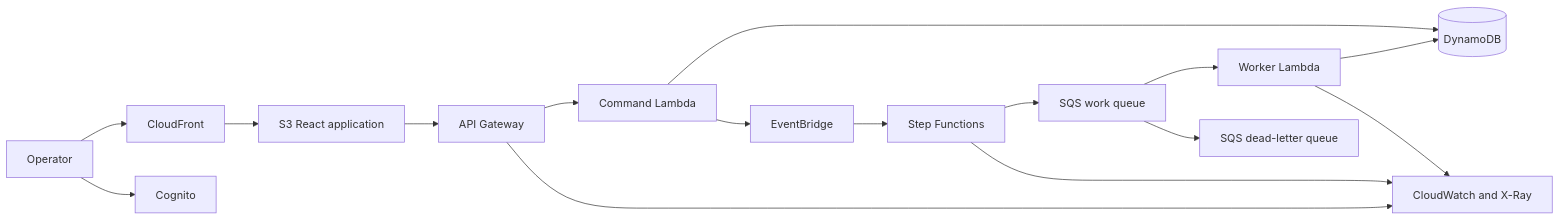
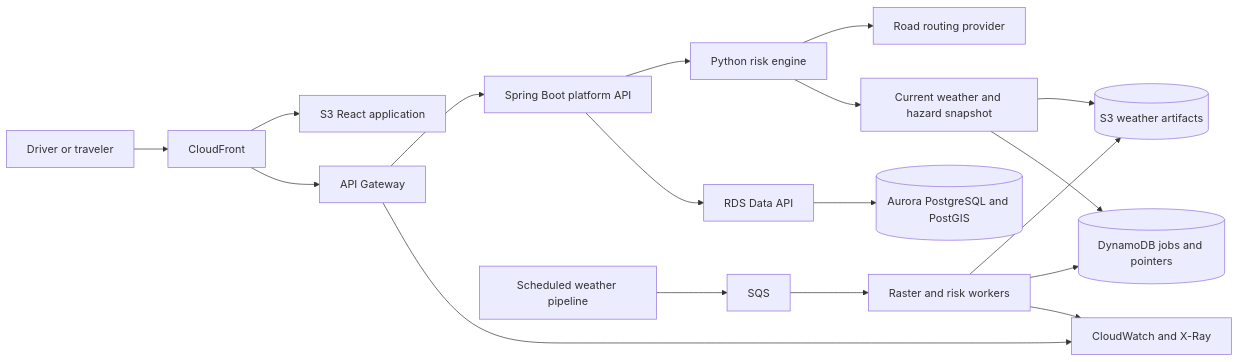
One commit to signalgap9-del/peachtree-dispatch changed the diagram in docs/architecture.md. Above: the diagram before and after it, drawn with Mermaid. The commit also changed other lines of this file and 153 other files, not shown here.

````diff
--- a/docs/architecture.md
+++ b/docs/architecture.md
@@ -26,18 +31,20 @@
 ```mermaid
 flowchart LR
-    User[Operator] --> CloudFront
-    CloudFront --> Web[S3 React application]
-    User --> Cognito
-    Web --> Api[API Gateway]
-    Api --> Commands[Command Lambda]
-    Commands --> Table[(DynamoDB)]
-    Commands --> Bus[EventBridge]
-    Bus --> Workflow[Step Functions]
-    Workflow --> Queue[SQS work queue]
-    Queue --> Worker[Worker Lambda]
-    Worker --> Table
-    Queue --> DLQ[SQS dead-letter queue]
+    User[Driver or traveler] --> Edge[CloudFront]
+    Edge --> Web[S3 React application]
+    Edge --> Api[API Gateway]
+    Api --> Platform[Spring Boot platform API]
+    Platform --> Risk[Python risk engine]
+    Risk --> Roads[Road routing provider]
+    Risk --> Snapshot[Current weather and hazard snapshot]
+    Platform --> DataAPI[RDS Data API]
+    DataAPI --> PostGIS[(Aurora PostgreSQL and PostGIS)]
+    Pipeline[Scheduled weather pipeline] --> Queue[SQS]
+    Queue --> Worker[Raster and risk workers]
+    Worker --> Objects[(S3 weather artifacts)]
+    Worker --> Ops[(DynamoDB jobs and pointers)]
+    Snapshot --> Objects
+    Snapshot --> Ops
     Api --> Observability[CloudWatch and X-Ray]
     Worker --> Observability
-    Workflow --> Observability
 ```
````
